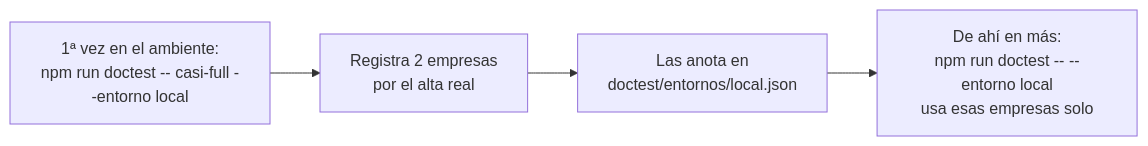
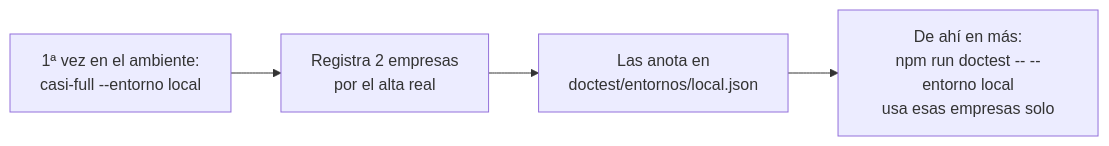
Before and after one commit to Trazalog/traz-tools: the second of 3 diagrams in doc/metodologia/GUIA_REQUERIMIENTOS_CLAUDE_DEEPSEEK.md, drawn with Mermaid. The commit also changed other lines of this file, not shown here.

First line of the commit message:
docs(metodologia): guia v1.4 en dos partes, ayuda memoria diaria y detalle; Pablo despliega y verifica [DOCTEST-MODOS]

````diff
--- a/doc/metodologia/GUIA_REQUERIMIENTOS_CLAUDE_DEEPSEEK.md
+++ b/doc/metodologia/GUIA_REQUERIMIENTOS_CLAUDE_DEEPSEEK.md
@@ -231,6 +297,6 @@
 ```mermaid
 flowchart LR
-  A["1ª vez en el ambiente:<br/>npm run doctest -- casi-full --entorno local"] --> B["Registra 2 empresas<br/>por el alta real"]
+  A["1ª vez en el ambiente:<br/>casi-full --entorno local"] --> B["Registra 2 empresas<br/>por el alta real"]
   B --> C["Las anota en<br/>doctest/entornos/local.json"]
   C --> D["De ahí en más:<br/>npm run doctest -- --entorno local<br/>usa esas empresas solo"]
 ```
````
